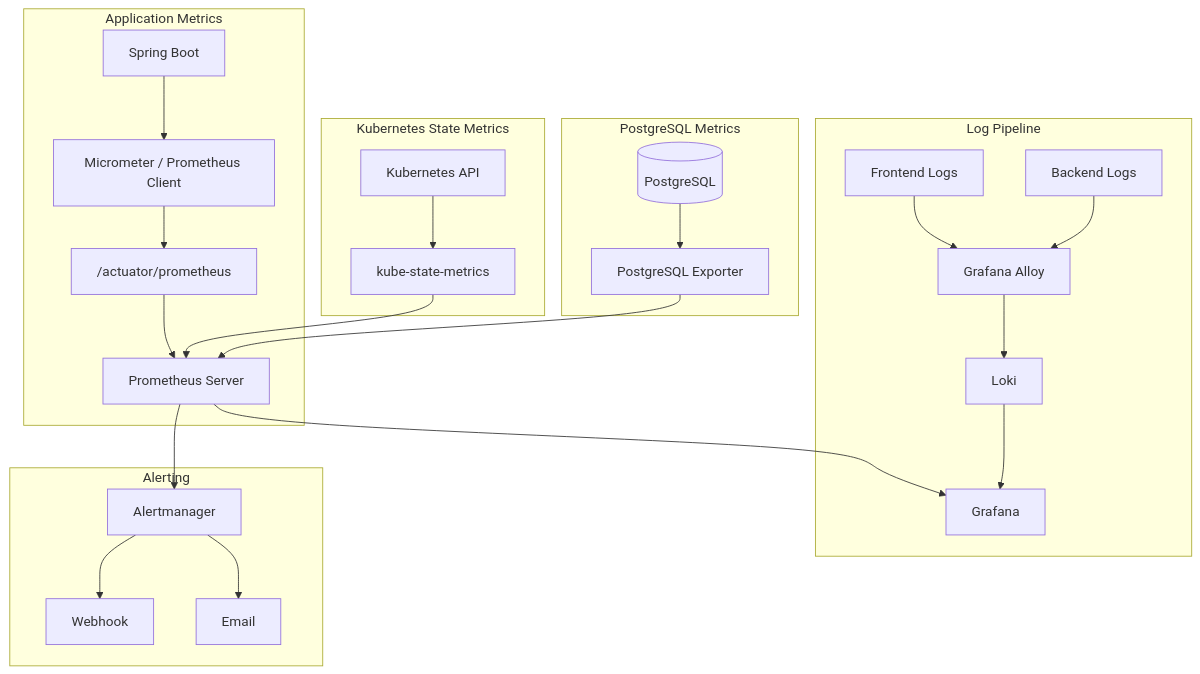
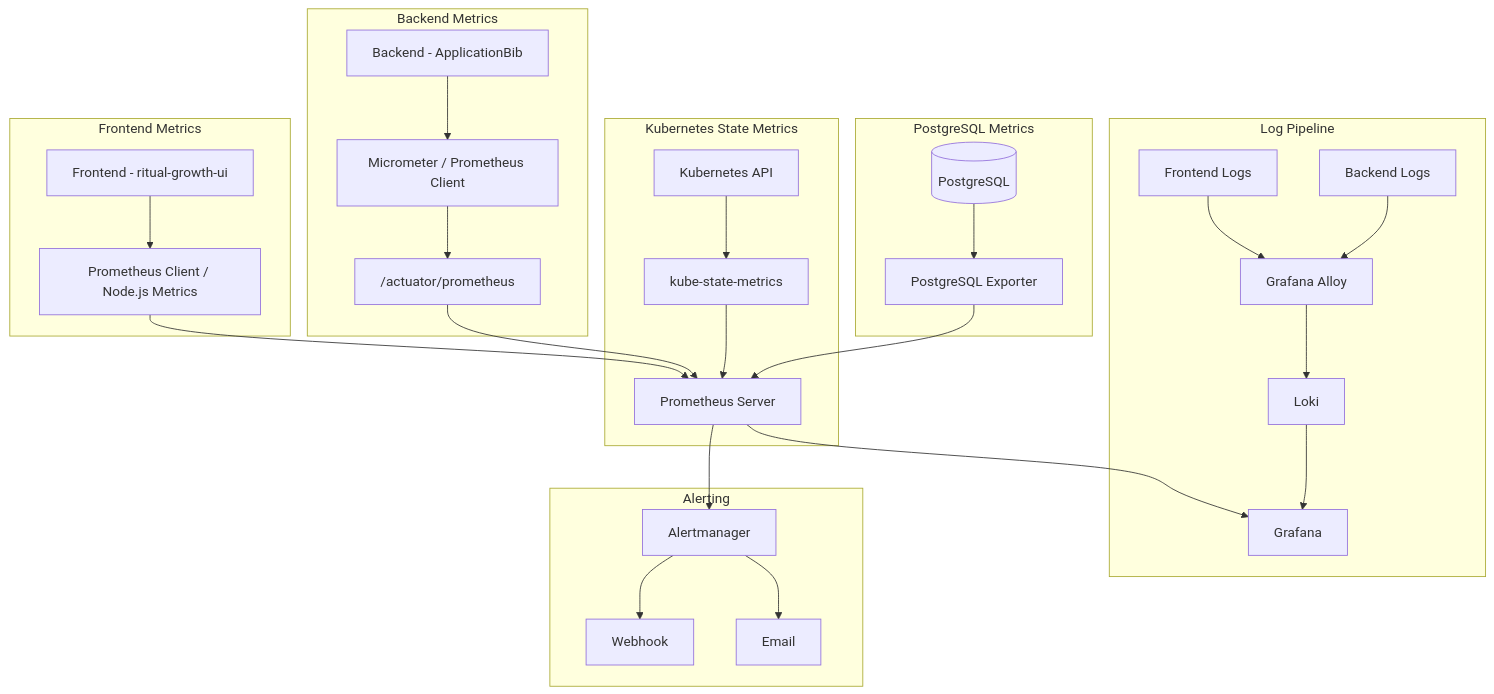
One commit to chaos-MK/ApplicationBib changed the sixth of 9 diagrams in docs/threat-model/threat-model.md. Above: the diagram before and after it, drawn with Mermaid.

Commit message:
docs(monitoring): correct frontend and backend metrics flow [skip ci]

````diff
--- a/docs/threat-model/threat-model.md
+++ b/docs/threat-model/threat-model.md
@@ -542,33 +542,44 @@
 ```mermaid
 flowchart TD
-    subgraph AppMetrics [Application Metrics]
-        SB[Spring Boot] --> MC[Micrometer / Prometheus Client]
-        MC --> EP["/actuator/prometheus"]
-        EP --> PS[Prometheus Server]
+    subgraph FrontendMetrics [Frontend Metrics]
+        FE[Frontend - ritual-growth-ui]
+        FMC[Prometheus Client / Node.js Metrics]
+        FE --> FMC
     end
 
+    subgraph BackendMetrics [Backend Metrics]
+        BE[Backend - ApplicationBib]
+        MC[Micrometer / Prometheus Client]
+        EP["/actuator/prometheus"]
+        BE --> MC
+        MC --> EP
+    end
+
+    FMC --> PS[Prometheus Server]
+    EP --> PS
+
     subgraph K8sMetrics [Kubernetes State Metrics]
-        KA[Kubernetes API] --> KSM2[kube-state-metrics]
-        KSM2 --> PS
+        KA[Kubernetes API] --> KSM[kube-state-metrics]
+        KSM --> PS
     end
 
     subgraph DBMetrics [PostgreSQL Metrics]
-        PGDB[(PostgreSQL)] --> PGE[PostgreSQL Exporter]
+        PG[(PostgreSQL)] --> PGE[PostgreSQL Exporter]
         PGE --> PS
     end
 
     PS --> GF[Grafana]
 
     subgraph Logs [Log Pipeline]
         FEC[Frontend Logs] --> ALL[Grafana Alloy]
         BEC[Backend Logs] --> ALL
         ALL --> LK[Loki]
         LK --> GF
     end
 
     subgraph Alerts [Alerting]
         PS --> AMG[Alertmanager]
         AMG --> WH[Webhook]
         AMG --> EM[Email]
     end
 ```
````
